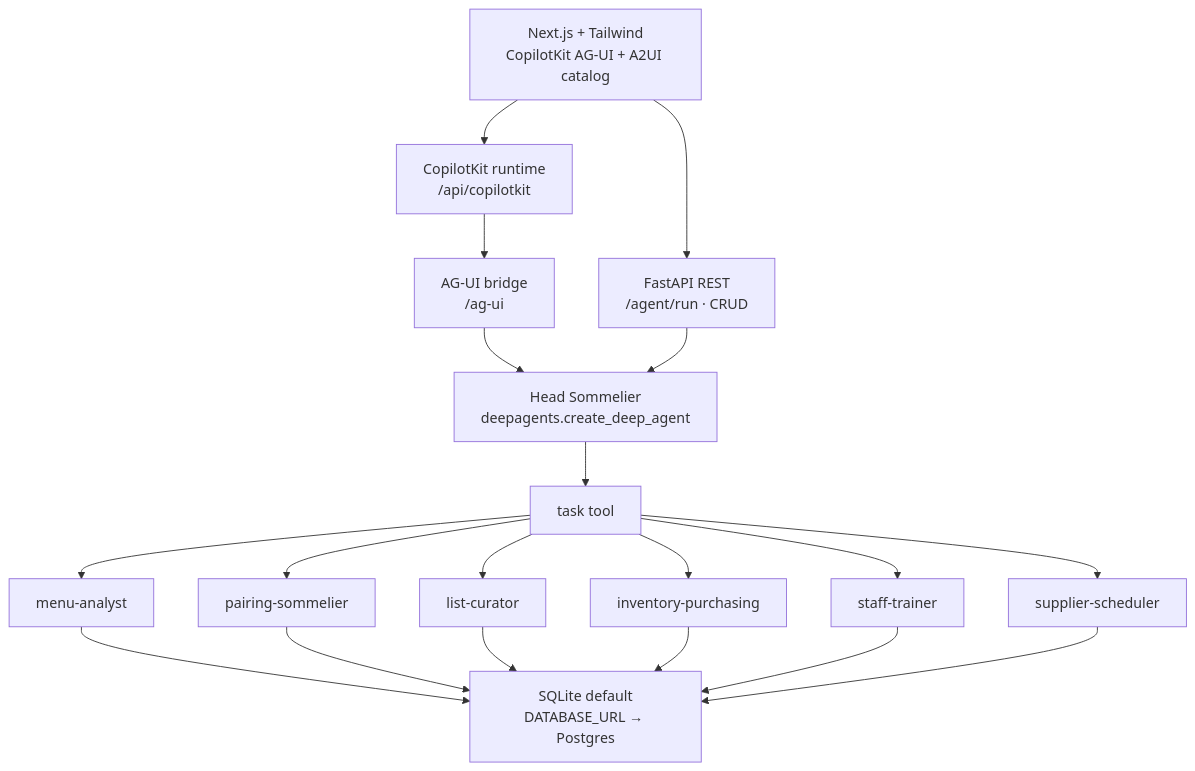
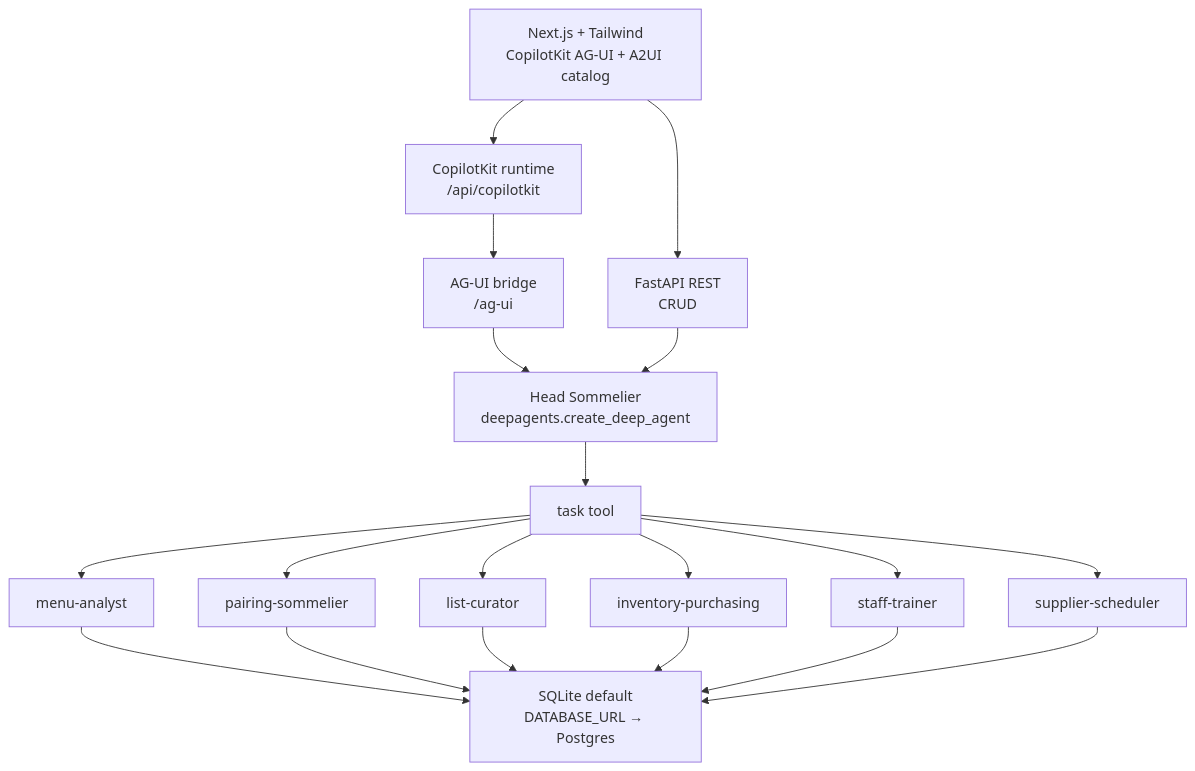
One commit to bhandary/madira changed the diagram in README.md. Above: the diagram before and after it, drawn with Mermaid. The commit also changed 25 other files, not shown here.

First line of the commit message:
Persist venue-scoped checkpoints and retire /agent/run.

````diff
--- a/README.md
+++ b/README.md
@@ -9,35 +9,35 @@
 ```mermaid
 flowchart TD
   UI["Next.js + Tailwind<br/>CopilotKit AG-UI + A2UI catalog"]
   Runtime["CopilotKit runtime<br/>/api/copilotkit"]
-  REST["FastAPI REST<br/>/agent/run · CRUD"]
+  REST["FastAPI REST<br/>CRUD"]
   AGUI["AG-UI bridge<br/>/ag-ui"]
   Head["Head Sommelier<br/>deepagents.create_deep_agent"]
   Task["task tool"]
   MA["menu-analyst"]
   PS["pairing-sommelier"]
   LC["list-curator"]
   IP["inventory-purchasing"]
   ST["staff-trainer"]
   SS["supplier-scheduler"]
   DB["SQLite default<br/>DATABASE_URL → Postgres"]
 
   UI --> Runtime
   UI --> REST
   Runtime --> AGUI
   AGUI --> Head
   REST --> Head
   Head --> Task
   Task --> MA
   Task --> PS
   Task --> LC
   Task --> IP
   Task --> ST
   Task --> SS
   MA --> DB
   PS --> DB
   LC --> DB
   IP --> DB
   ST --> DB
   SS --> DB
 ```
````
